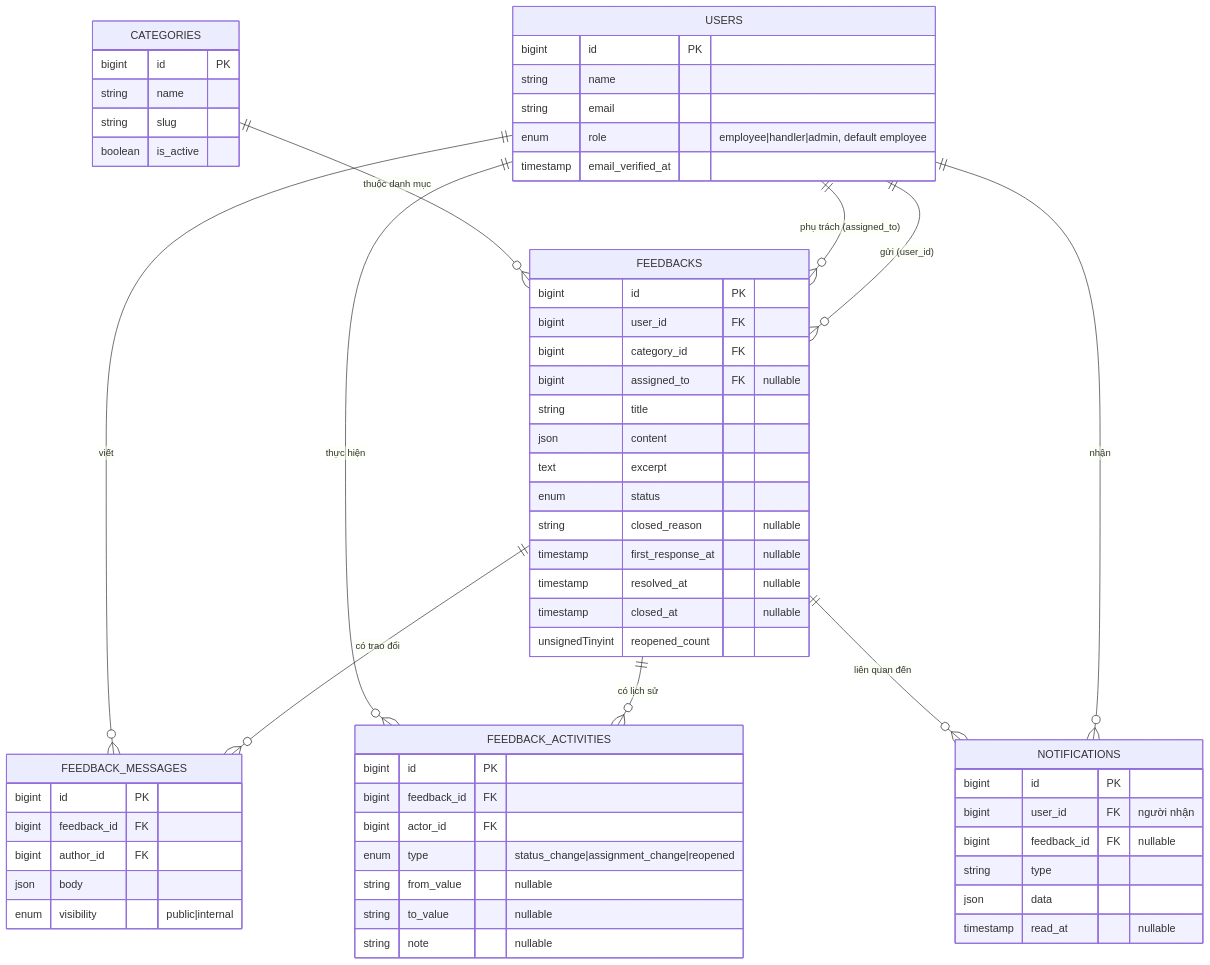
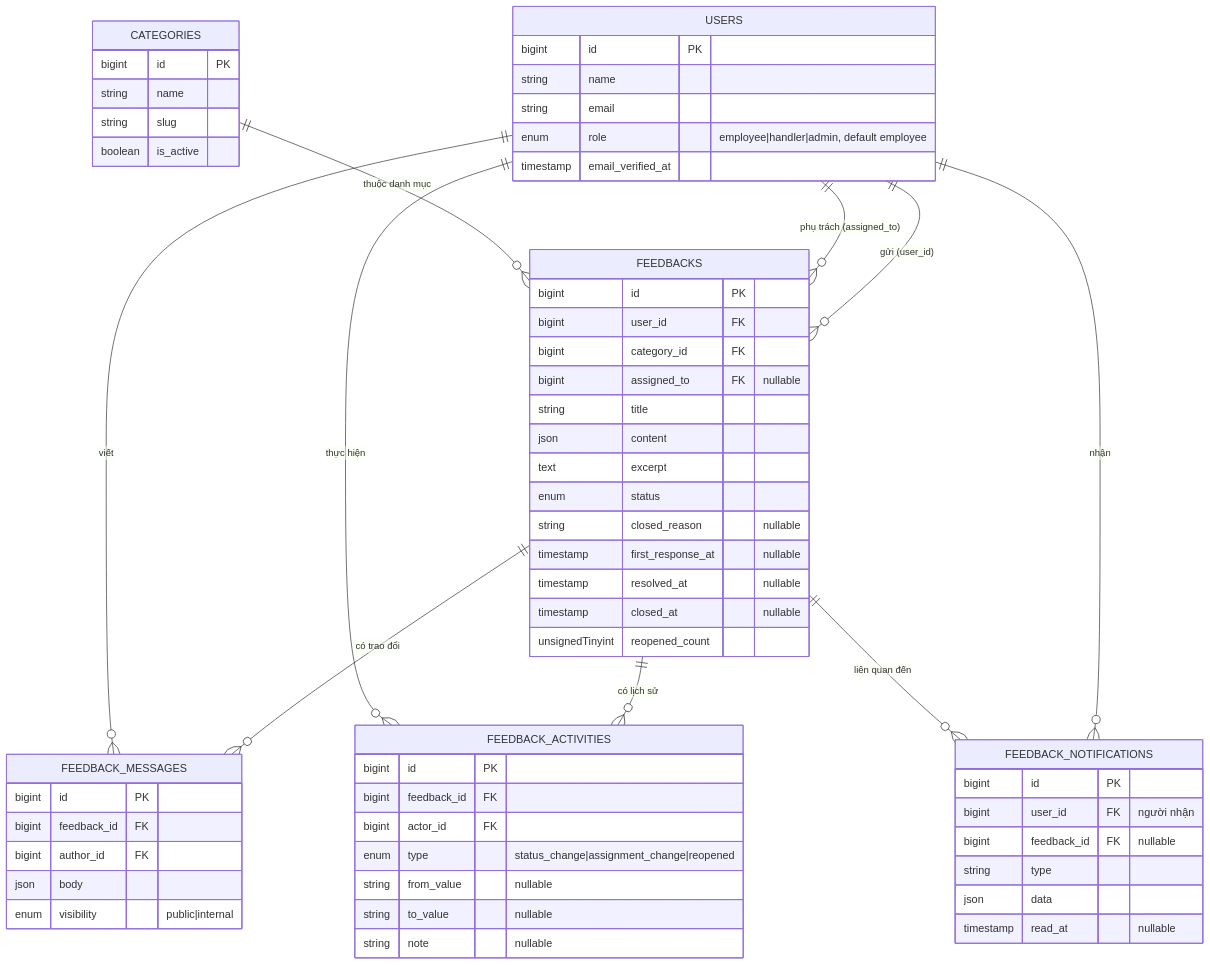
The second of 2 diagrams in docs/design/feedback-mvp-technical-design.md (SweetieMin/feedback_tnttgxmyvan), drawn with Mermaid before and after one commit. The commit also changed other lines of this file and 279 other files, not shown here.

````diff
--- a/docs/design/feedback-mvp-technical-design.md
+++ b/docs/design/feedback-mvp-technical-design.md
@@ -118,65 +119,65 @@
 ```mermaid
 erDiagram
     USERS {
         bigint id PK
         string name
         string email
         enum role "employee|handler|admin, default employee"
         timestamp email_verified_at
     }
     CATEGORIES {
         bigint id PK
         string name
         string slug
         boolean is_active
     }
     FEEDBACKS {
         bigint id PK
         bigint user_id FK
         bigint category_id FK
         bigint assigned_to FK "nullable"
         string title
         json content
         text excerpt
         enum status
         string closed_reason "nullable"
         timestamp first_response_at "nullable"
         timestamp resolved_at "nullable"
         timestamp closed_at "nullable"
         unsignedTinyint reopened_count
     }
     FEEDBACK_MESSAGES {
         bigint id PK
         bigint feedback_id FK
         bigint author_id FK
         json body
         enum visibility "public|internal"
     }
     FEEDBACK_ACTIVITIES {
         bigint id PK
         bigint feedback_id FK
         bigint actor_id FK
         enum type "status_change|assignment_change|reopened"
         string from_value "nullable"
         string to_value "nullable"
         string note "nullable"
     }
-    NOTIFICATIONS {
+    FEEDBACK_NOTIFICATIONS {
         bigint id PK
         bigint user_id FK "người nhận"
         bigint feedback_id FK "nullable"
         string type
         json data
         timestamp read_at "nullable"
     }
 
     USERS ||--o{ FEEDBACKS : "gửi (user_id)"
     USERS ||--o{ FEEDBACKS : "phụ trách (assigned_to)"
     CATEGORIES ||--o{ FEEDBACKS : "thuộc danh mục"
     FEEDBACKS ||--o{ FEEDBACK_MESSAGES : "có trao đổi"
     USERS ||--o{ FEEDBACK_MESSAGES : "viết"
     FEEDBACKS ||--o{ FEEDBACK_ACTIVITIES : "có lịch sử"
     USERS ||--o{ FEEDBACK_ACTIVITIES : "thực hiện"
-    USERS ||--o{ NOTIFICATIONS : "nhận"
-    FEEDBACKS ||--o{ NOTIFICATIONS : "liên quan đến"
+    USERS ||--o{ FEEDBACK_NOTIFICATIONS : "nhận"
+    FEEDBACKS ||--o{ FEEDBACK_NOTIFICATIONS : "liên quan đến"
 ```
````
